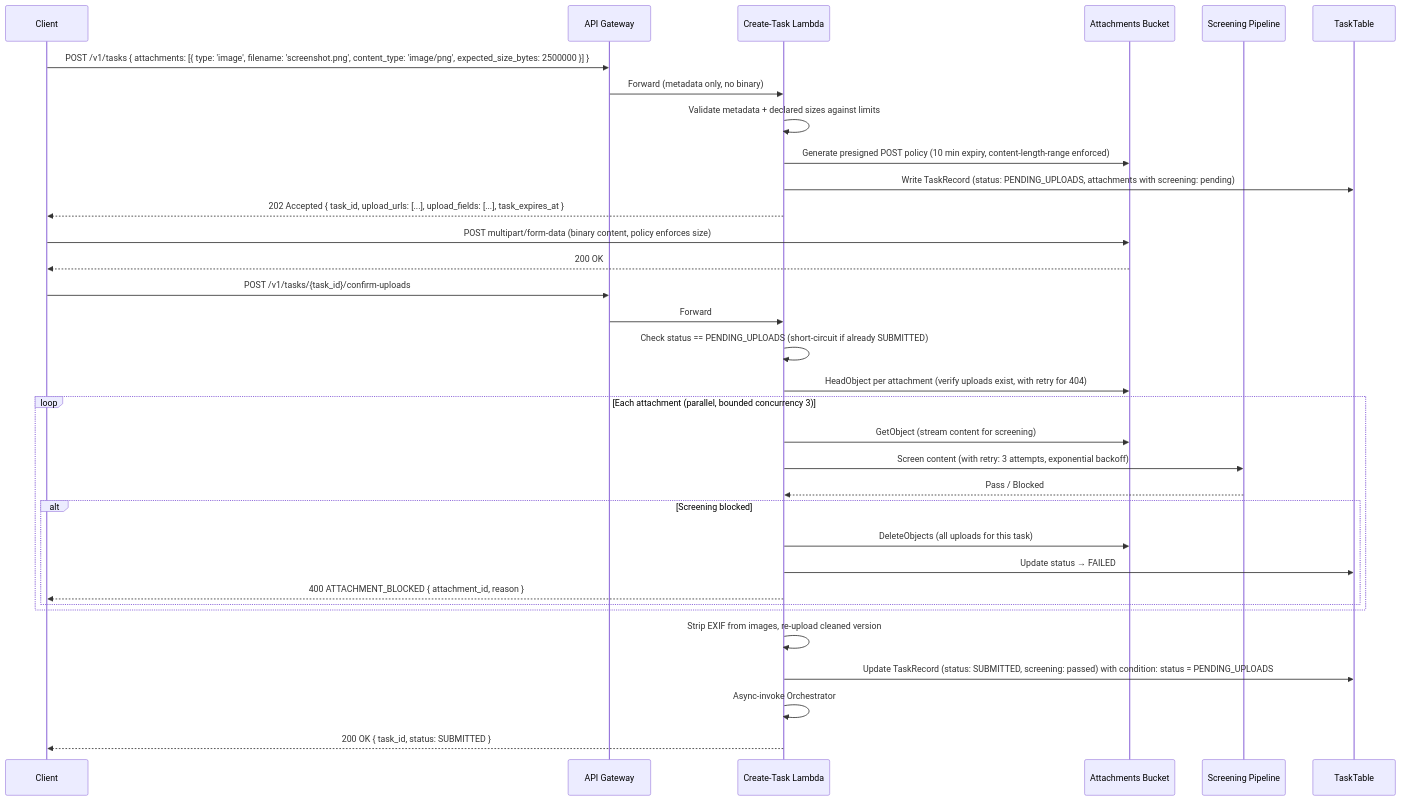
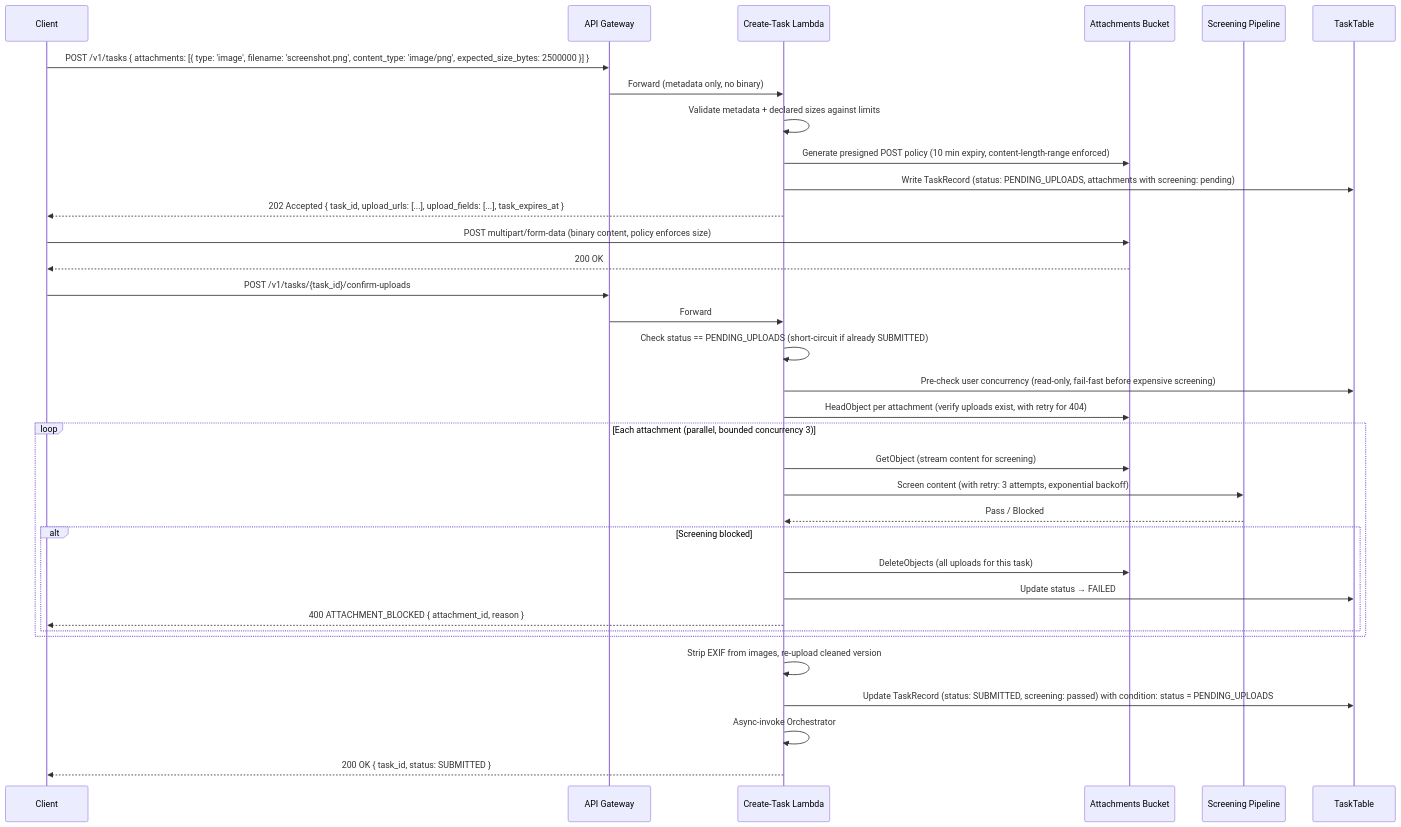
The first of 6 diagrams in docs/design/ATTACHMENTS.md (aws-samples/sample-autonomous-cloud-coding-agents), drawn with Mermaid before and after one commit. The commit also changed other lines of this file and 10 other files, not shown here.

````diff
--- a/docs/design/ATTACHMENTS.md
+++ b/docs/design/ATTACHMENTS.md
@@ -213,38 +213,39 @@
 ```mermaid
 sequenceDiagram
     participant C as Client
     participant GW as API Gateway
     participant H as Create-Task Lambda
     participant S3 as Attachments Bucket
     participant SCR as Screening Pipeline
     participant DB as TaskTable
 
     C->>GW: POST /v1/tasks { attachments: [{ type: 'image', filename: 'screenshot.png', content_type: 'image/png', expected_size_bytes: 2500000 }] }
     GW->>H: Forward (metadata only, no binary)
     H->>H: Validate metadata + declared sizes against limits
     H->>S3: Generate presigned POST policy (10 min expiry, content-length-range enforced)
     H->>DB: Write TaskRecord (status: PENDING_UPLOADS, attachments with screening: pending)
     H-->>C: 202 Accepted { task_id, upload_urls: [...], upload_fields: [...], task_expires_at }
 
     C->>S3: POST multipart/form-data (binary content, policy enforces size)
     S3-->>C: 200 OK
 
     C->>GW: POST /v1/tasks/{task_id}/confirm-uploads
     GW->>H: Forward
     H->>H: Check status == PENDING_UPLOADS (short-circuit if already SUBMITTED)
+    H->>DB: Pre-check user concurrency (read-only, fail-fast before expensive screening)
     H->>S3: HeadObject per attachment (verify uploads exist, with retry for 404)
     loop Each attachment (parallel, bounded concurrency 3)
         H->>S3: GetObject (stream content for screening)
         H->>SCR: Screen content (with retry: 3 attempts, exponential backoff)
         SCR-->>H: Pass / Blocked
         alt Screening blocked
             H->>S3: DeleteObjects (all uploads for this task)
             H->>DB: Update status → FAILED
             H-->>C: 400 ATTACHMENT_BLOCKED { attachment_id, reason }
         end
     end
     H->>H: Strip EXIF from images, re-upload cleaned version
     H->>DB: Update TaskRecord (status: SUBMITTED, screening: passed) with condition: status = PENDING_UPLOADS
     H->>H: Async-invoke Orchestrator
     H-->>C: 200 OK { task_id, status: SUBMITTED }
 ```
````
